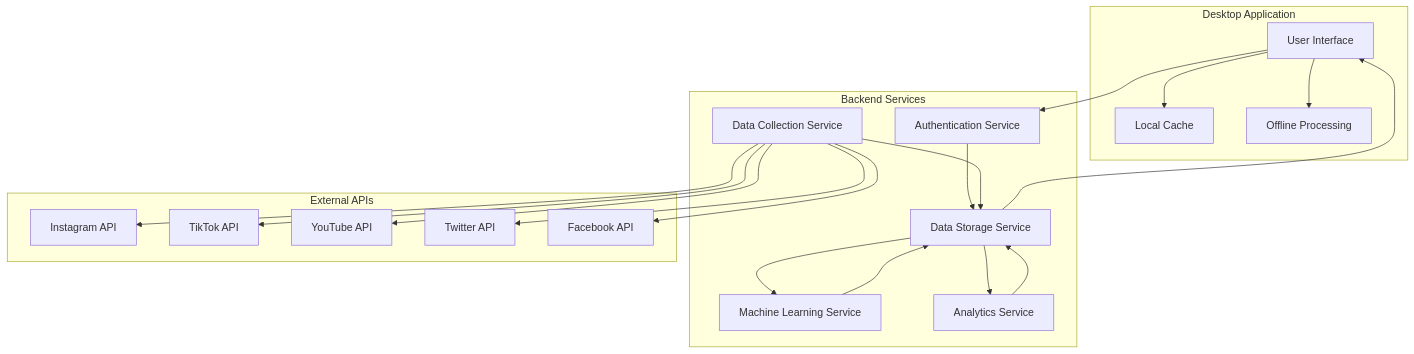
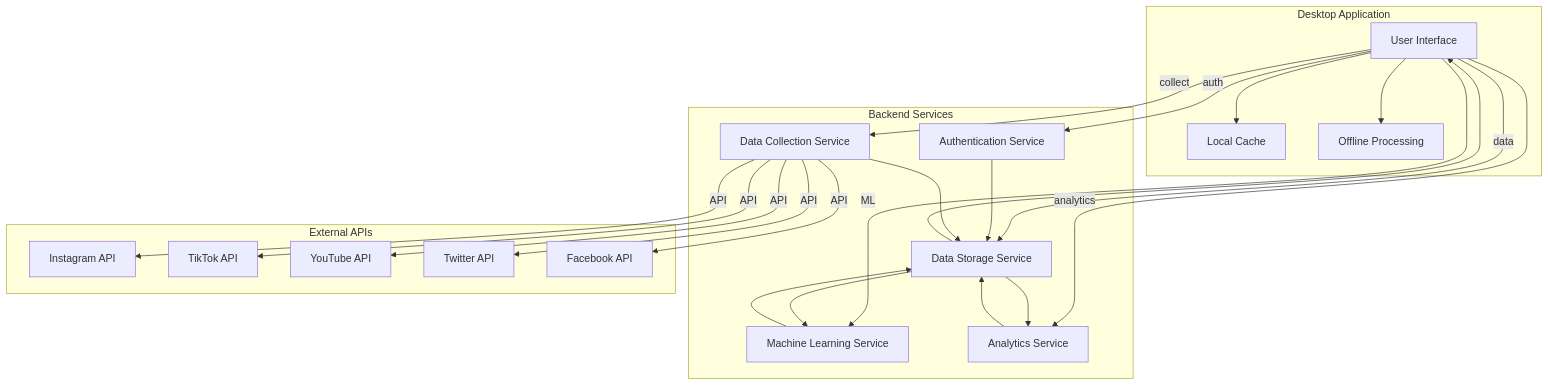
Before and after one commit to SeamusMullan/cherrybomb: the diagram in docs/architecture/system-overview.md, drawn with Mermaid. The commit also changed 8 other files, not shown here.

````diff
--- a/docs/architecture/system-overview.md
+++ b/docs/architecture/system-overview.md
@@ -7,46 +7,45 @@
 ```mermaid
 graph TB
-    subgraph Desktop Application
+    subgraph "Desktop Application"
         UI[User Interface]
         LC[Local Cache]
         OfflineProc[Offline Processing]
     end
-    
-    subgraph Backend Services
+
+    subgraph "Backend Services"
         Auth[Authentication Service]
         DS[Data Storage Service]
         ML[Machine Learning Service]
         Ana[Analytics Service]
         DC[Data Collection Service]
     end
-    
-    subgraph External APIs
+
+    subgraph "External APIs"
         SM1[Instagram API]
         SM2[TikTok API]
         SM3[YouTube API]
         SM4[Twitter API]
         SM5[Facebook API]
     end
-    
-    UI --> Auth
+
+    UI -->|auth| Auth
     UI --> LC
     UI --> OfflineProc
-    
+    UI -->|data| DS
+    UI -->|analytics| Ana
+    UI -->|ML| ML
+    UI -->|collect| DC
+
     Auth --> DS
-    
-    DC --> SM1
-    DC --> SM2
-    DC --> SM3
-    DC --> SM4
-    DC --> SM5
-    
+    DC -->|API| SM1
+    DC -->|API| SM2
+    DC -->|API| SM3
+    DC -->|API| SM4
+    DC -->|API| SM5
     DC --> DS
-    
     DS --> ML
     DS --> Ana
-    
     ML --> DS
     Ana --> DS
-    
     DS --> UI
 ```
````
